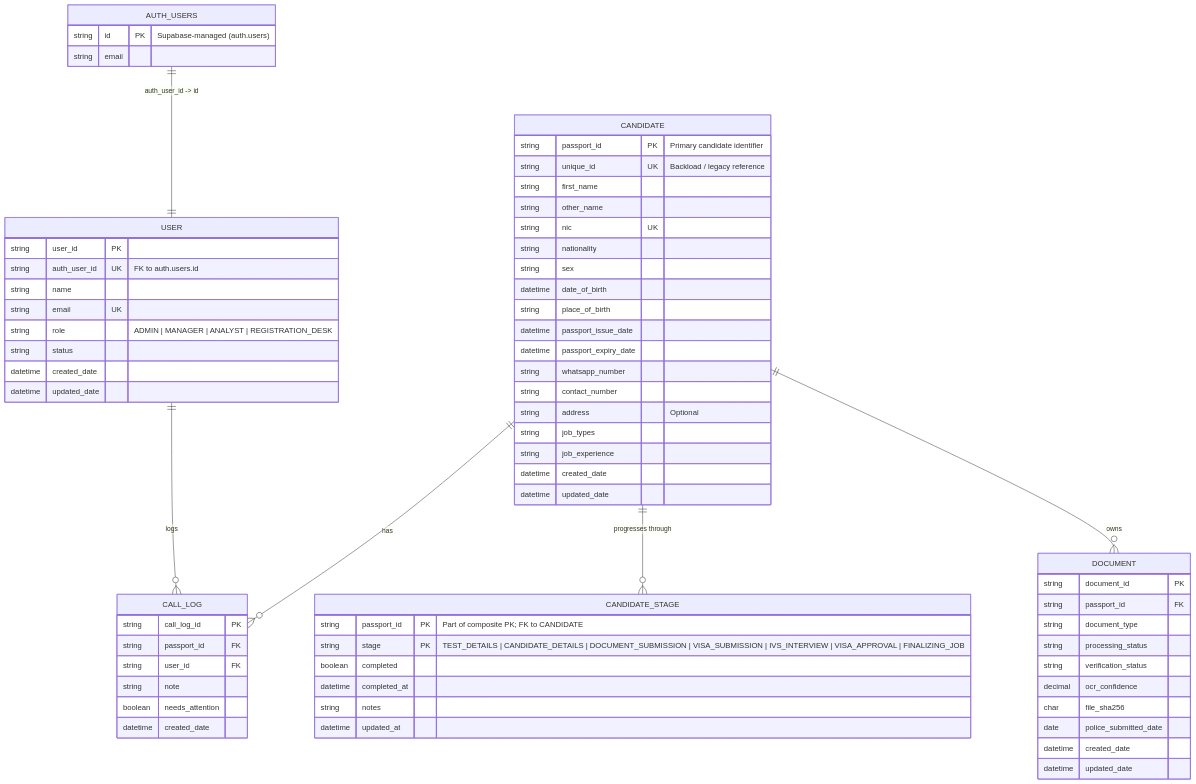
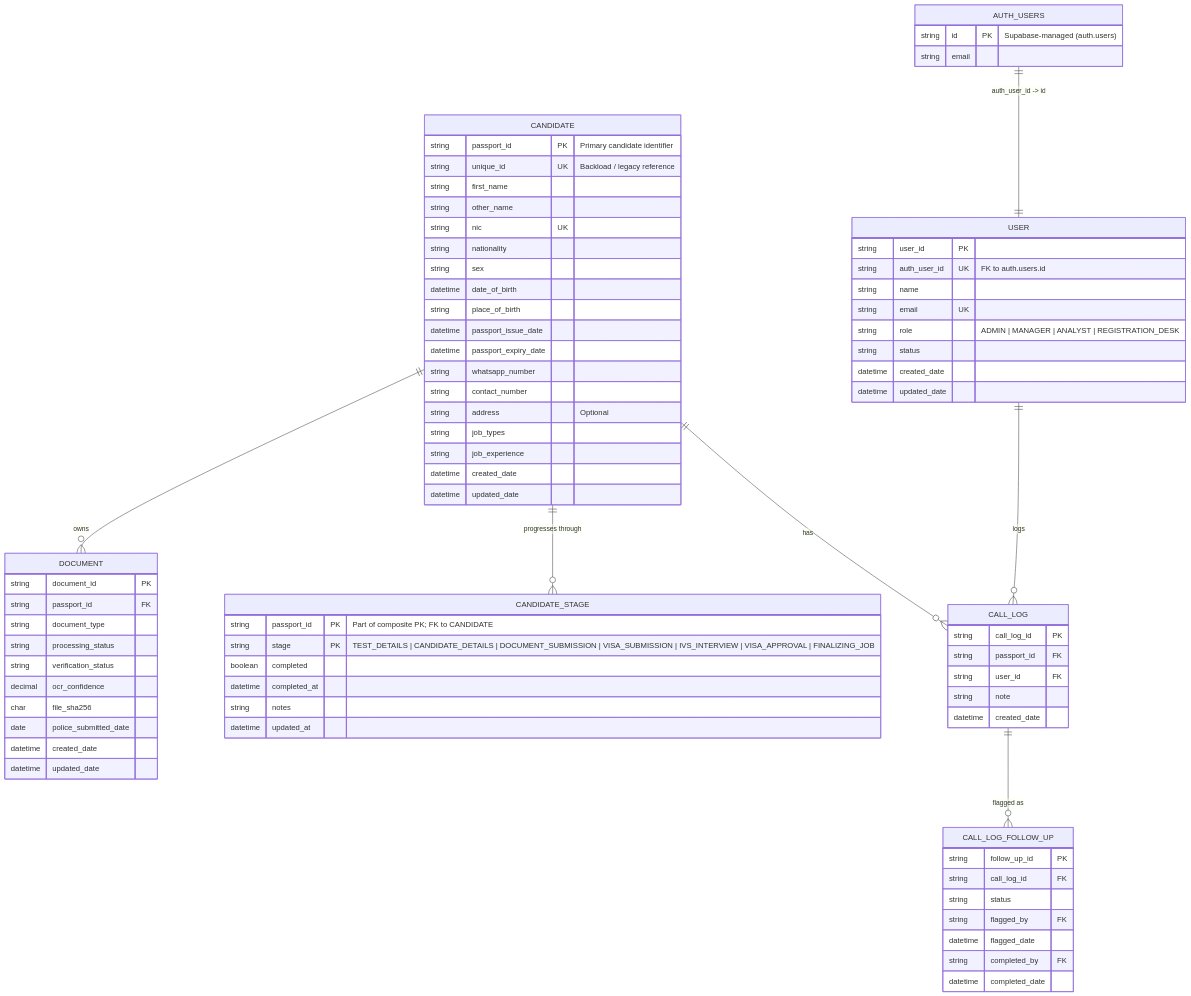
One commit to emlynk-pixel/EmlynkWABot changed the second of 7 diagrams in README.md. Above: the diagram before and after it, drawn with Mermaid. The commit also changed other lines of this file and 6 other files, not shown here.

First line of the commit message:
docs: update sheet sync and call log documentation

````diff
--- a/README.md
+++ b/README.md
@@ -268,8 +273,17 @@
         string passport_id FK
         string user_id FK
         string note
-        boolean needs_attention
         datetime created_date
+    }
+
+    CALL_LOG_FOLLOW_UP {
+        string follow_up_id PK
+        string call_log_id FK
+        string status
+        string flagged_by FK
+        datetime flagged_date
+        string completed_by FK
+        datetime completed_date
     }
 
     AUTH_USERS ||--|| USER : "auth_user_id -> id"
@@ -277,4 +291,5 @@
     CANDIDATE ||--o{ CANDIDATE_STAGE : "progresses through"
     CANDIDATE ||--o{ CALL_LOG : "has"
     USER ||--o{ CALL_LOG : "logs"
+    CALL_LOG ||--o{ CALL_LOG_FOLLOW_UP : "flagged as"
 ```
````
